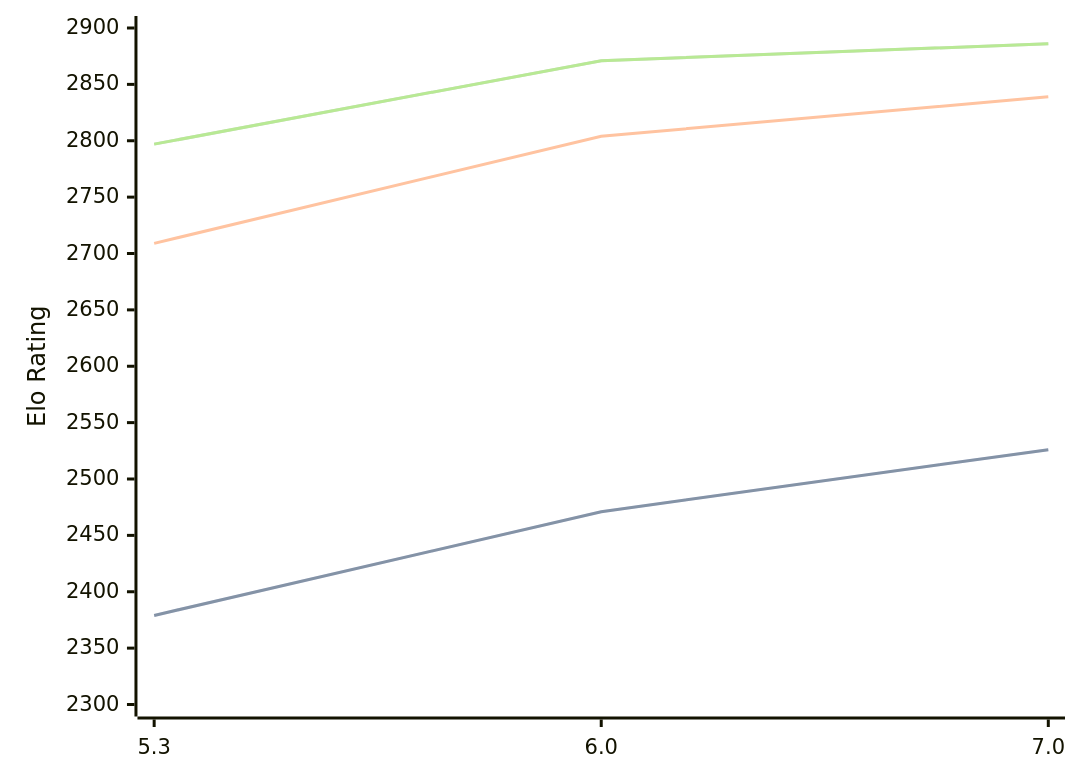
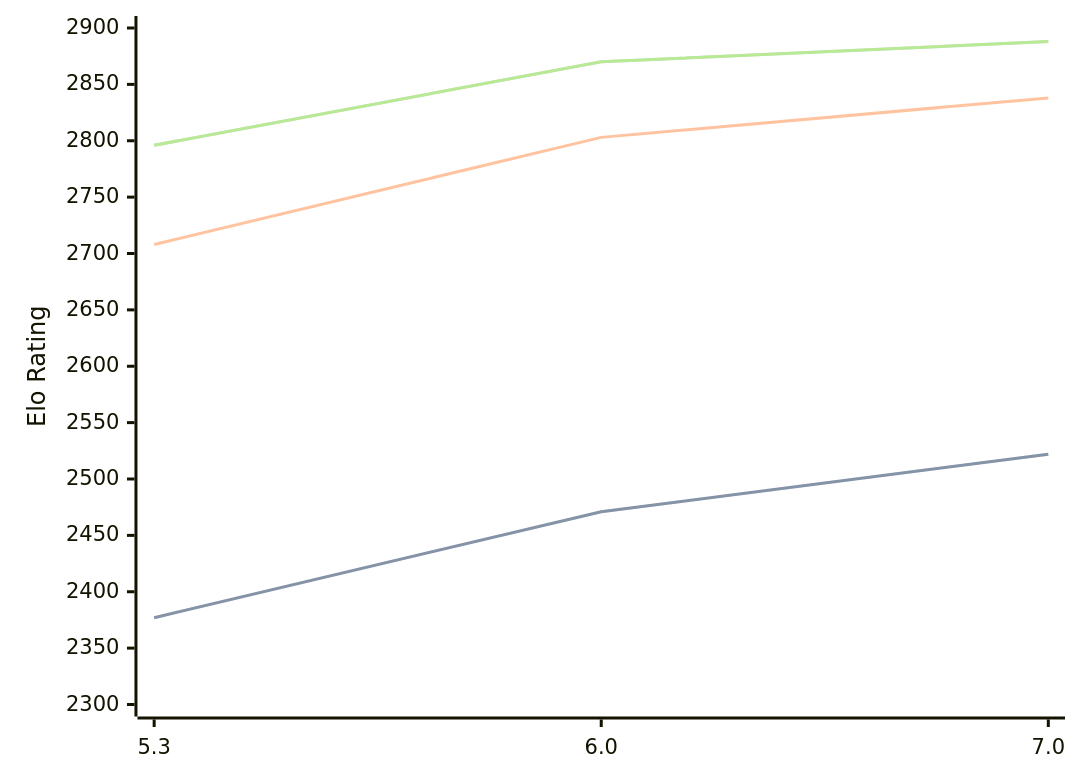
One commit to computer-chess-index/cci changed the diagram in engines/tomitankChess.md. Above: the diagram before and after it, drawn with Mermaid. The commit also changed other lines of this file, not shown here.

Commit message:
Update CCI Ratings (ELO VLTC) - 2026-08-04

````diff
--- a/engines/tomitankChess.md
+++ b/engines/tomitankChess.md
@@ -41,11 +41,11 @@
 ```mermaid
 %%{init: {"theme":"base","themeVariables":{"seriesColors:['#a3a3a3','#222221','#faa371']}}}%%
 xychart-beta
   x-axis ["5.3", "6.0", "7.0"]
   y-axis "Elo Rating" 2300 --> 2900
-  line "STC (8.0+0.08s)" [2379, 2471, 2526]
-  line "STC (8.0+0.08s)" [2379, 2471, 2526]
-  line "LTC (60.0+0.60s)" [2709, 2804, 2839]
-  line "VLTC (2m24s+1.12s)" [2797, 2871, 2886]
-  line "VLTC (2m24s+1.12s)" [2797, 2871, 2886]
+  line "STC (8.0+0.08s)" [2377, 2471, 2522]
+  line "STC (8.0+0.08s)" [2377, 2471, 2522]
+  line "LTC (60.0+0.60s)" [2708, 2803, 2838]
+  line "VLTC (2m24s+1.12s)" [2796, 2870, 2888]
+  line "VLTC (2m24s+1.12s)" [2796, 2870, 2888]
 ```
````
